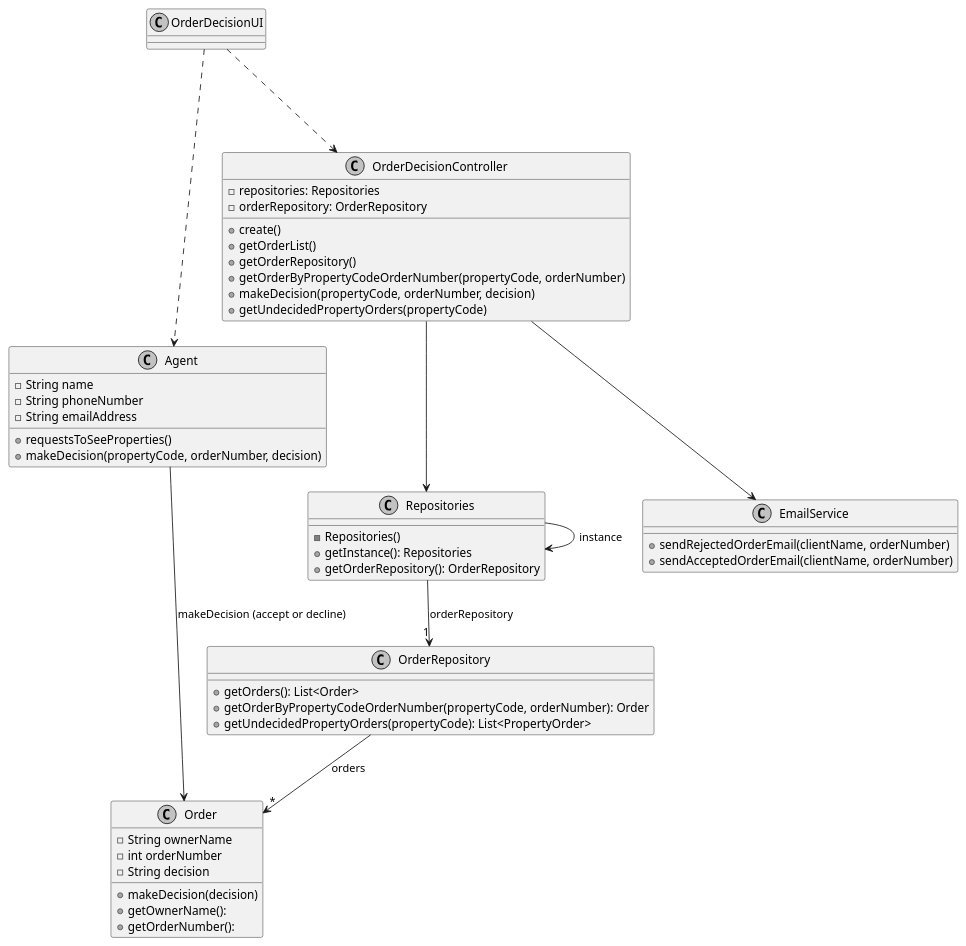
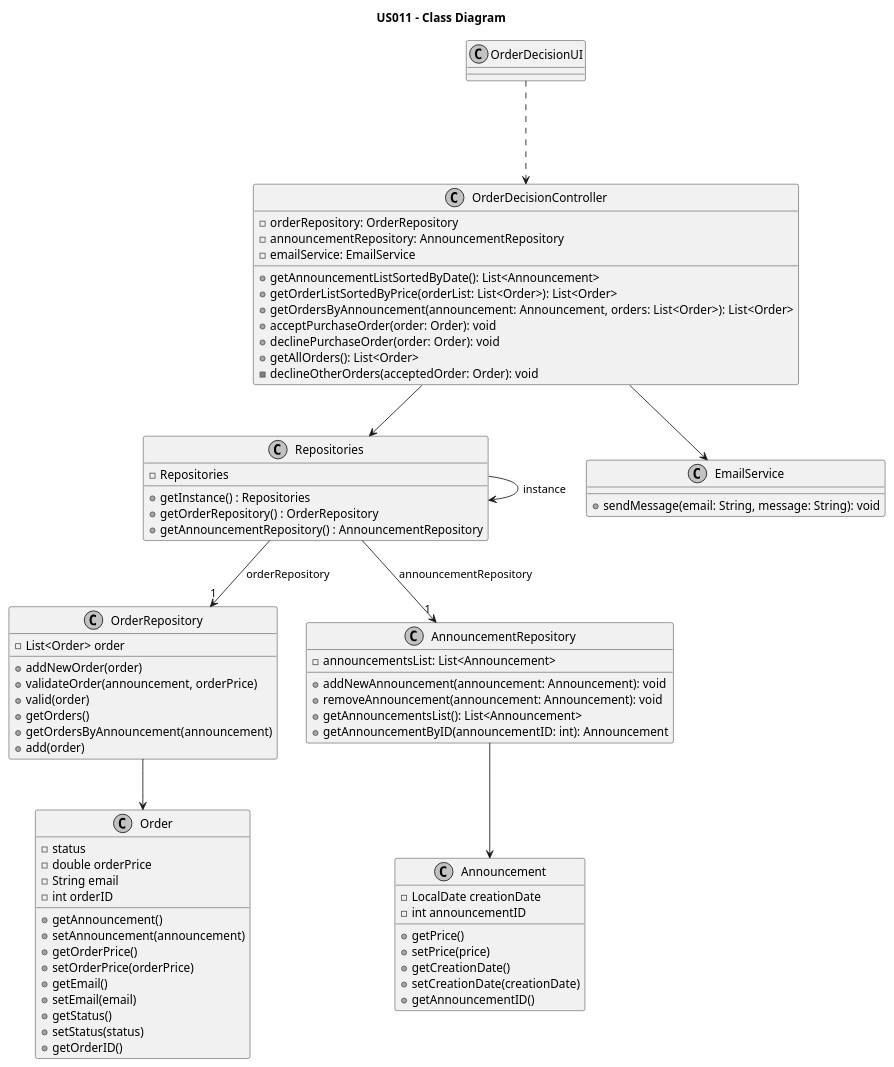
The diagram in docs/sprintC/us011/03.design/puml/us011 - class-diagram.puml (1220812/LAPR2), drawn with PlantUML before and after one commit. The commit also changed 12 other files, not shown here.

Commit message:
US017 sequence diagram and class diagram updated

```diff
--- a/docs/sprintC/us011/03.design/puml/us011 - class-diagram.puml
+++ b/docs/sprintC/us011/03.design/puml/us011 - class-diagram.puml
@@ -1,67 +1,89 @@
 @startuml
 skinparam monochrome true
 skinparam packageStyle rectangle
 skinparam shadowing false
 skinparam linetype polyline
+title US011 - Class Diagram
 
-class OrderDecisionUI {
+class OrderRepository {
+    - List<Order> order
+    + addNewOrder(order)
+    + validateOrder(announcement, orderPrice)
+    + valid(order)
+    + getOrders()
+    + getOrdersByAnnouncement(announcement)
+    + add(order)
 }
 
-class Agent{
-    -String name
-    -String phoneNumber
-    -String emailAddress
-    +requestsToSeeProperties()
-    +makeDecision(propertyCode, orderNumber, decision)
+class Order {
+    - status
+    - double orderPrice
+    - String email
+    - int orderID
+    + getAnnouncement()
+    + setAnnouncement(announcement)
+    + getOrderPrice()
+    + setOrderPrice(orderPrice)
+    + getEmail()
+    + setEmail(email)
+    + getStatus()
+    + setStatus(status)
+    + getOrderID()
+}
+
+class Announcement {
+    - LocalDate creationDate
+    - int announcementID
+    + getPrice()
+    + setPrice(price)
+    + getCreationDate()
+    + setCreationDate(creationDate)
+    + getAnnouncementID()
 }
 
 class OrderDecisionController {
-    -repositories: Repositories
-    -orderRepository: OrderRepository
-
-    +create()
-    +getOrderList()
-    +getOrderRepository()
-    +getOrderByPropertyCodeOrderNumber(propertyCode, orderNumber)
-    +makeDecision(propertyCode, orderNumber, decision)
-    +getUndecidedPropertyOrders(propertyCode)
+    - orderRepository: OrderRepository
+    - announcementRepository: AnnouncementRepository
+    - emailService: EmailService
+    + getAnnouncementListSortedByDate(): List<Announcement>
+    + getOrderListSortedByPrice(orderList: List<Order>): List<Order>
+    + getOrdersByAnnouncement(announcement: Announcement, orders: List<Order>): List<Order>
+    + acceptPurchaseOrder(order: Order): void
+    + declinePurchaseOrder(order: Order): void
+    + getAllOrders(): List<Order>
+    - declineOtherOrders(acceptedOrder: Order): void
 }
 
-class Repositories {
-    -Repositories()
-    +getInstance(): Repositories
-    +getOrderRepository(): OrderRepository
-}
-
-class OrderRepository {
-    +getOrders(): List<Order>
-    +getOrderByPropertyCodeOrderNumber(propertyCode, orderNumber): Order
-    +getUndecidedPropertyOrders(propertyCode): List<PropertyOrder>
-}
-
-class Order {
-    -String ownerName
-    -int orderNumber
-    -String decision
-    +makeDecision(decision)
-    +getOwnerName():
-    +getOrderNumber():
+class AnnouncementRepository {
+    - announcementsList: List<Announcement>
+    + addNewAnnouncement(announcement: Announcement): void
+    + removeAnnouncement(announcement: Announcement): void
+    + getAnnouncementsList(): List<Announcement>
+    + getAnnouncementByID(announcementID: int): Announcement
 }
 
 class EmailService {
-    +sendRejectedOrderEmail(clientName, orderNumber)
-    +sendAcceptedOrderEmail(clientName, orderNumber)
+    + sendMessage(email: String, message: String): void
 }
 
+class Repositories{
+   - Repositories
+   +getInstance() : Repositories
+   +getOrderRepository() : OrderRepository
+   +getAnnouncementRepository() : AnnouncementRepository
+}
+
+
+OrderRepository --> Order
+OrderDecisionController --> Repositories
+Repositories -> Repositories : instance
+Repositories --> "1" OrderRepository : orderRepository
+Repositories --> "1" AnnouncementRepository : announcementRepository
+AnnouncementRepository --> Announcement
 OrderDecisionUI -.-> OrderDecisionController
 
-OrderDecisionController --> Repositories
 OrderDecisionController --> EmailService
-Repositories -> Repositories : instance
-Repositories --> "1" OrderRepository : orderRepository
-OrderRepository --> "*" Order : orders
-OrderDecisionUI -.-> Agent
 
-Agent --> Order : makeDecision (accept or decline)
+
 
 @enduml
```
